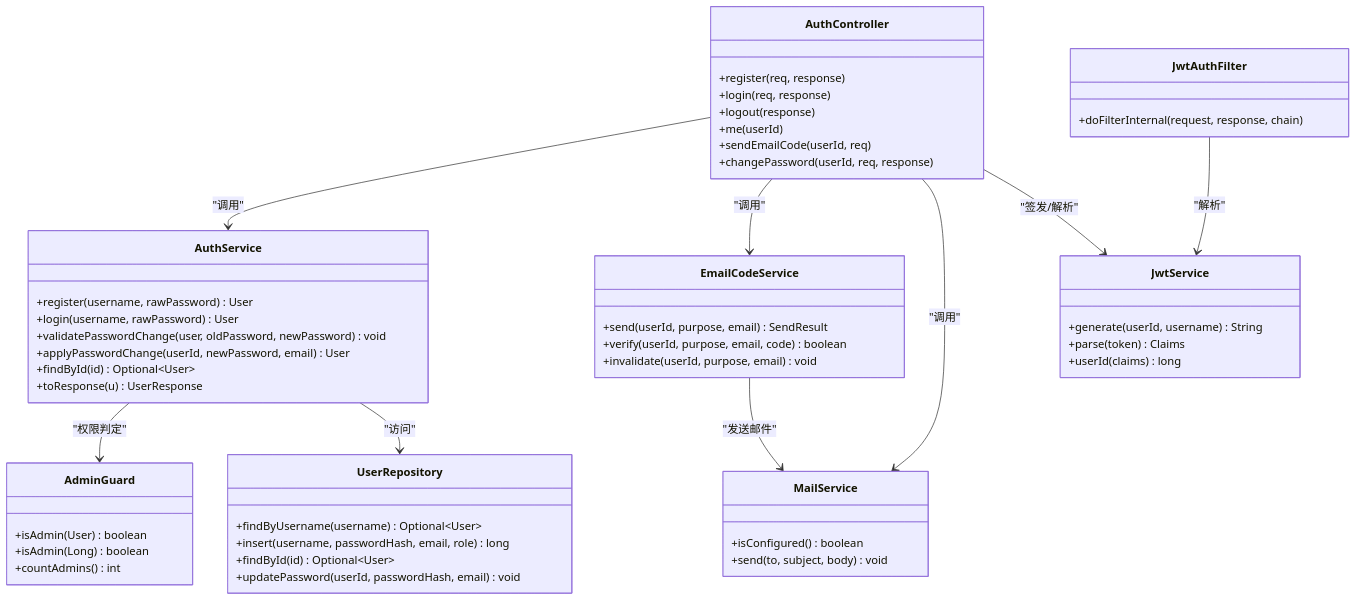
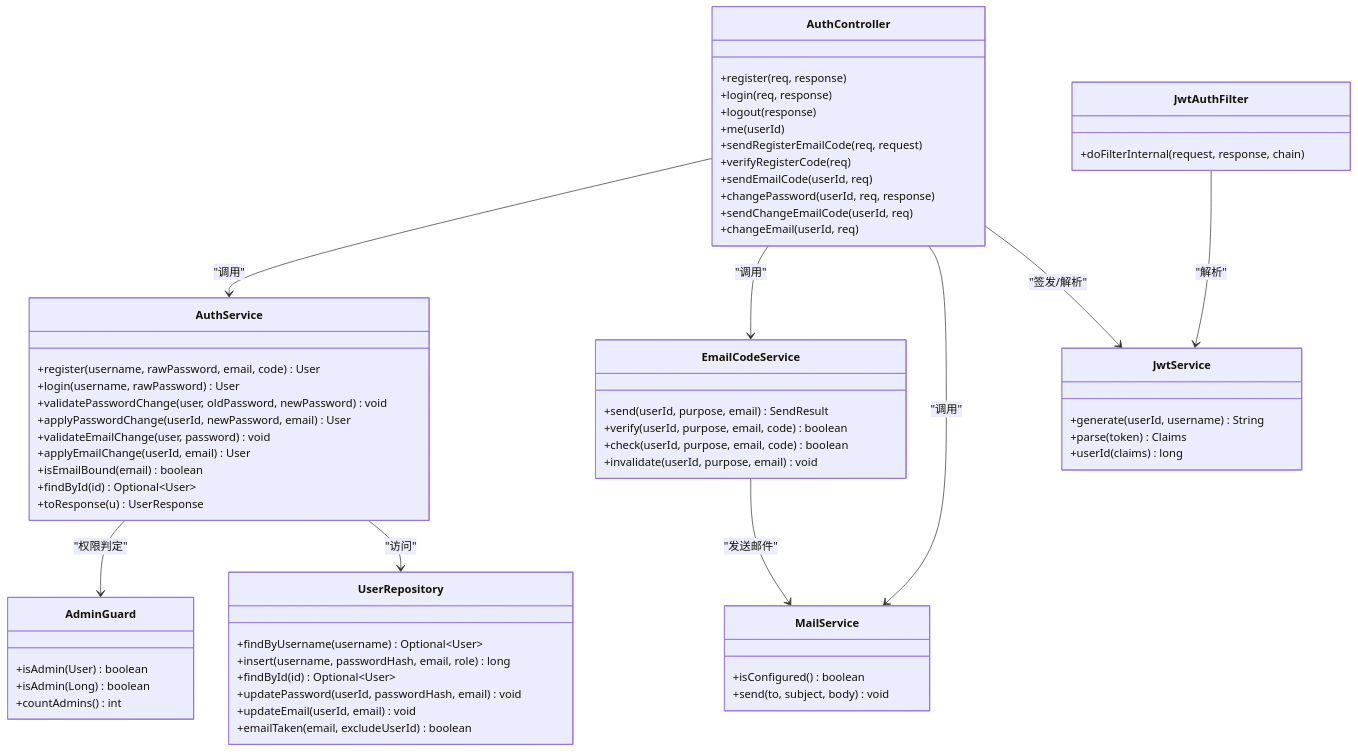
One commit to huangman881112/aiforip changed the third of 3 diagrams in .qoder/repowiki/zh/content/后端API文档/认证授权API.md. Above: the diagram before and after it, drawn with Mermaid. The commit also changed other lines of this file and 69 other files, not shown here.

````diff
--- a/.qoder/repowiki/zh/content/后端API文档/认证授权API.md
+++ b/.qoder/repowiki/zh/content/后端API文档/认证授权API.md
@@ -282,55 +368,65 @@
 ```mermaid
 classDiagram
 class AuthController {
 +register(req, response)
 +login(req, response)
 +logout(response)
 +me(userId)
++sendRegisterEmailCode(req, request)
++verifyRegisterCode(req)
 +sendEmailCode(userId, req)
 +changePassword(userId, req, response)
++sendChangeEmailCode(userId, req)
++changeEmail(userId, req)
 }
 class AuthService {
-+register(username, rawPassword) User
++register(username, rawPassword, email, code) User
 +login(username, rawPassword) User
 +validatePasswordChange(user, oldPassword, newPassword) void
 +applyPasswordChange(userId, newPassword, email) User
++validateEmailChange(user, password) void
++applyEmailChange(userId, email) User
++isEmailBound(email) boolean
 +findById(id) Optional~User~
 +toResponse(u) UserResponse
 }
 class EmailCodeService {
 +send(userId, purpose, email) SendResult
 +verify(userId, purpose, email, code) boolean
++check(userId, purpose, email, code) boolean
 +invalidate(userId, purpose, email) void
 }
 class MailService {
 +isConfigured() boolean
 +send(to, subject, body) void
 }
 class AdminGuard {
 +isAdmin(User) boolean
 +isAdmin(Long) boolean
 +countAdmins() int
 }
 class JwtService {
 +generate(userId, username) String
 +parse(token) Claims
 +userId(claims) long
 }
 class JwtAuthFilter {
 +doFilterInternal(request, response, chain)
 }
 class UserRepository {
 +findByUsername(username) Optional~User~
 +insert(username, passwordHash, email, role) long
 +findById(id) Optional~User~
 +updatePassword(userId, passwordHash, email) void
++updateEmail(userId, email) void
++emailTaken(email, excludeUserId) boolean
 }
 AuthController --> AuthService : "调用"
 AuthController --> EmailCodeService : "调用"
 AuthController --> MailService : "调用"
 AuthController --> JwtService : "签发/解析"
 JwtAuthFilter --> JwtService : "解析"
 AuthService --> AdminGuard : "权限判定"
 AuthService --> UserRepository : "访问"
 EmailCodeService --> MailService : "发送邮件"
 ```
````
